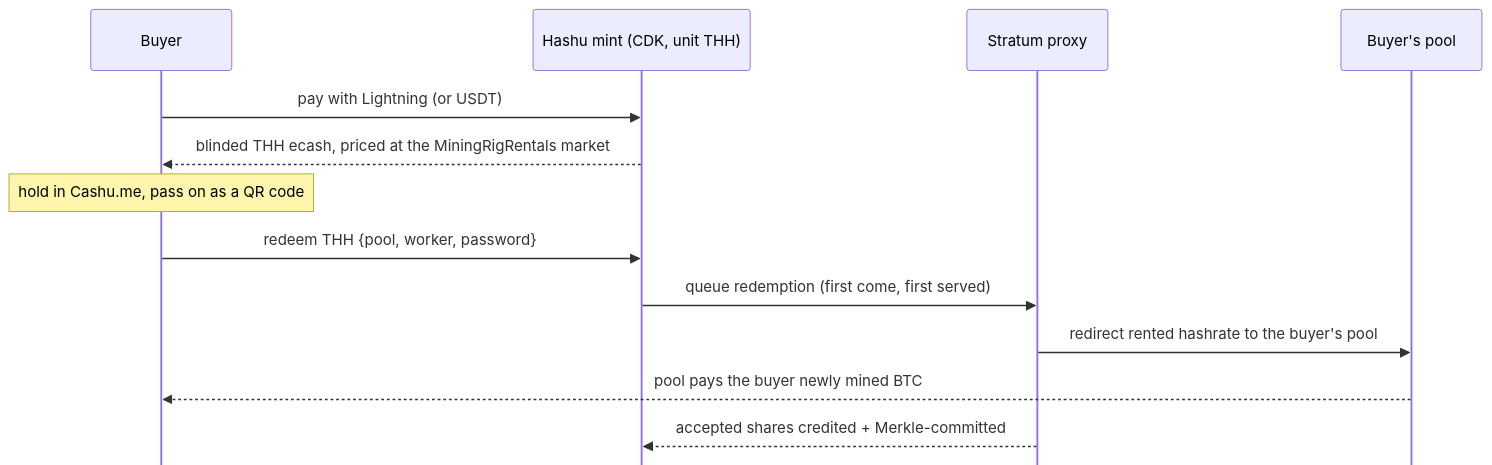
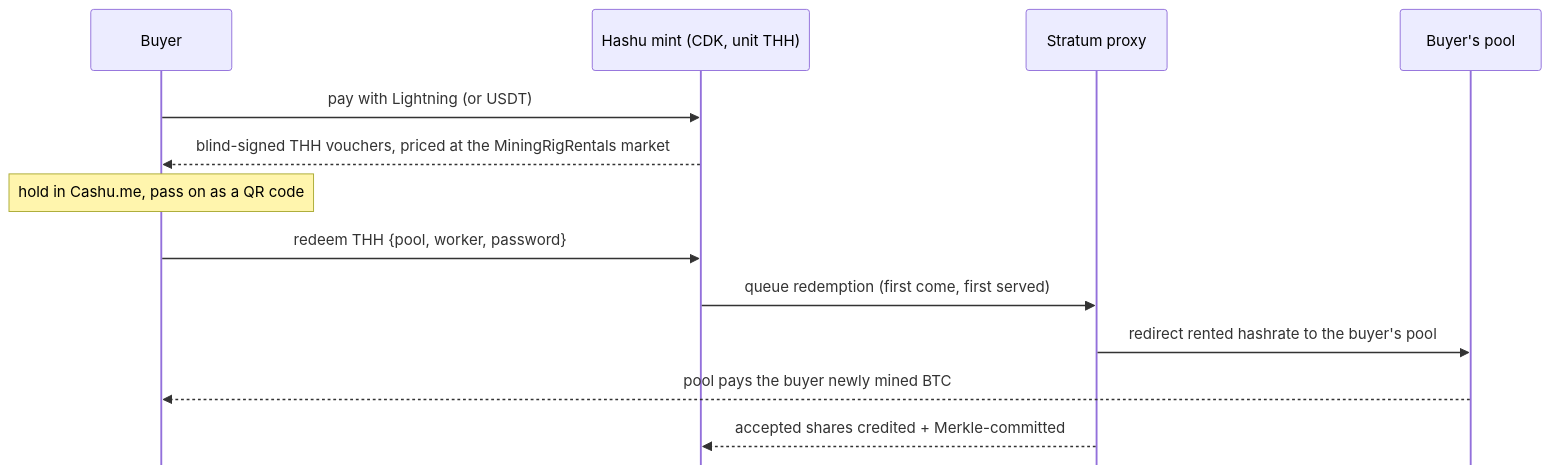
Before and after one commit to asherp/hashu: the diagram in slides/slides.md, drawn with Mermaid. The commit also changed other lines of this file and 13 other files, not shown here.

First line of the commit message:
Call THH tokens Chaumian hashrate vouchers, not ecash

````diff
--- a/slides/slides.md
+++ b/slides/slides.md
@@ -90,16 +91,16 @@
 ```mermaid {scale: 0.55}
 %%{init: {'sequence': {'mirrorActors': false, 'messageMargin': 22}}}%%
 sequenceDiagram
   participant B as Buyer
   participant M as Hashu mint (CDK, unit THH)
   participant P as Stratum proxy
   participant L as Buyer's pool
   B->>M: pay with Lightning (or USDT)
-  M-->>B: blinded THH ecash, priced at the MiningRigRentals market
+  M-->>B: blind-signed THH vouchers, priced at the MiningRigRentals market
   Note over B: hold in Cashu.me, pass on as a QR code
   B->>M: redeem THH {pool, worker, password}
   M->>P: queue redemption (first come, first served)
   P->>L: redirect rented hashrate to the buyer's pool
   L-->>B: pool pays the buyer newly mined BTC
   P-->>M: accepted shares credited + Merkle-committed
 ```
````
